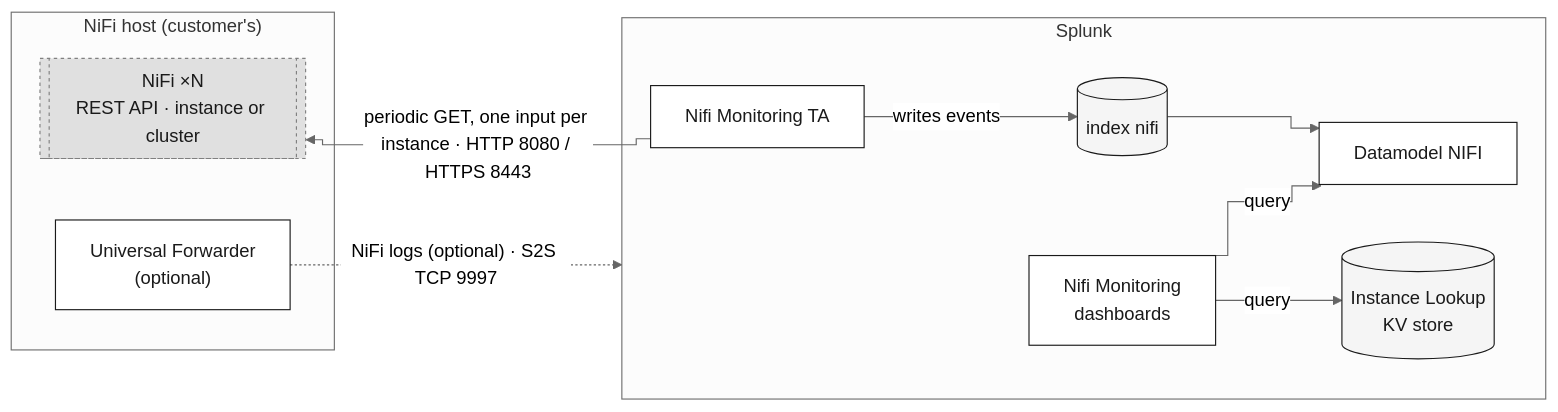
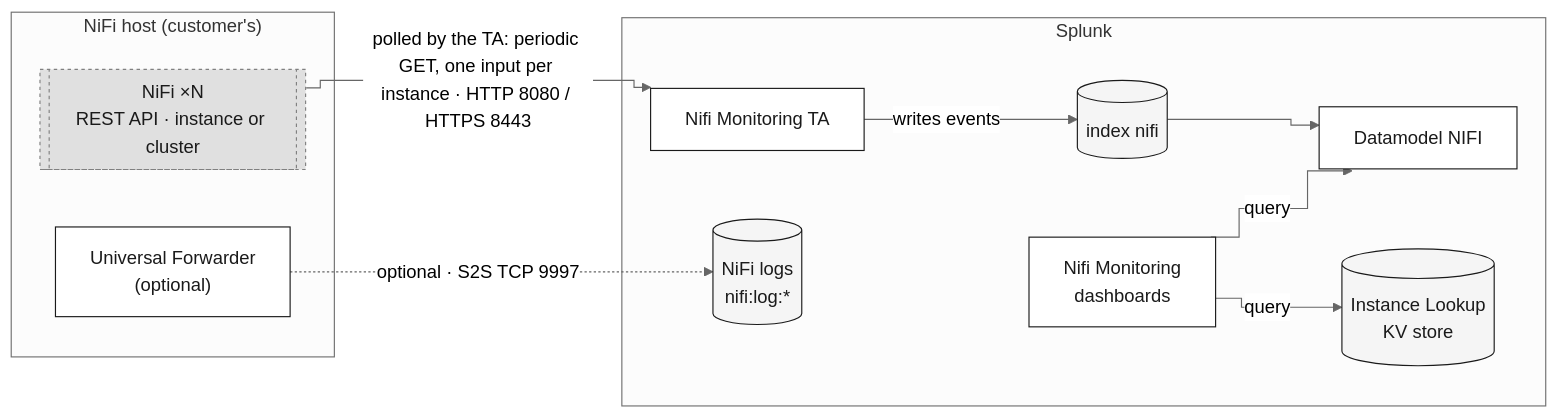
The diagram in doc/config-nifi-monitoring-2-0.md (kudawdev/nifi-monitoring-splunk), drawn with Mermaid (neutral theme) before and after one commit. The commit also changed other lines of this file and 9 other files, not shown here.

First line of the commit message:
Untangle the pull diagram, tell the config pages apart, drop the dead theme.js

````diff
--- a/doc/config-nifi-monitoring-2-0.md
+++ b/doc/config-nifi-monitoring-2-0.md
@@ -17,29 +21,30 @@
 ```mermaid
 %%{init: {"flowchart": {"curve": "step"}} }%%
 flowchart LR
     subgraph nifi_host["NiFi host (customer's)"]
         nifi[["NiFi ×N<br/>REST API · instance or cluster"]]:::externo
         uf["Universal Forwarder<br/>(optional)"]:::propio
     end
 
     subgraph splunk["Splunk"]
         ta["Nifi Monitoring TA"]:::propio
         idx[("index nifi")]:::dato
+        logs[("NiFi logs<br/>nifi:log:*")]:::dato
         lookup[("Instance Lookup<br/>KV store")]:::dato
         dm["Datamodel NIFI"]:::propio
         dash["Nifi Monitoring<br/>dashboards"]:::propio
     end
 
     nifi_host ~~~ splunk
 
-    ta -->|"periodic GET, one input per instance · HTTP 8080 / HTTPS 8443"| nifi
+    nifi -->|"polled by the TA: periodic GET, one input per instance · HTTP 8080 / HTTPS 8443"| ta
     ta -->|"writes events"| idx
-    uf -.->|"NiFi logs (optional) · S2S TCP 9997"| splunk
+    uf -.->|"optional · S2S TCP 9997"| logs
     idx --> dm
     dash -->|"query"| dm
     dash -->|"query"| lookup
 
     classDef propio fill:#FFFFFF,stroke:#1A1A1A,color:#1A1A1A
     classDef externo fill:#E0E0E0,stroke:#808080,color:#1A1A1A,stroke-dasharray:3
     classDef dato fill:#F5F5F5,stroke:#1A1A1A,color:#1A1A1A
 ```
````
